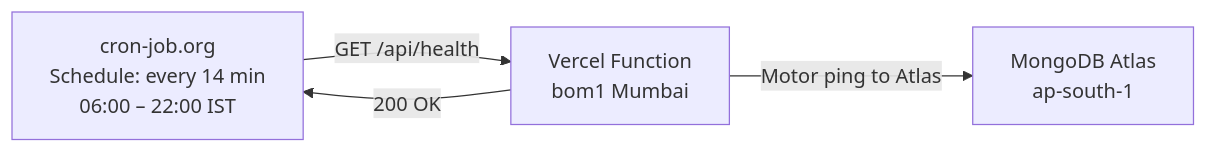
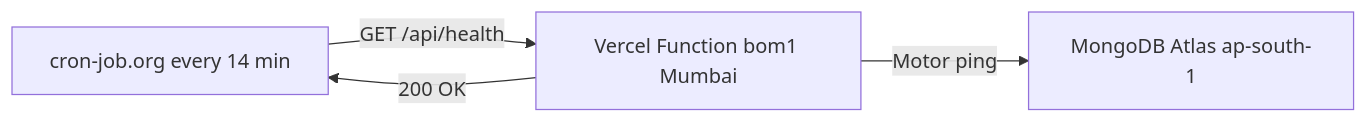
One commit to dineshsrivastava07-cell/littlegurusacademy changed the seventh of 7 diagrams in Architecture.md. Above: the diagram before and after it, drawn with Mermaid. The commit also changed other lines of this file, not shown here.

Commit message:
fix: correct all Mermaid diagrams for GitHub renderer (remove backslash-n, @, URLs in node labels)

````diff
--- a/Architecture.md
+++ b/Architecture.md
@@ -320,6 +324,6 @@
 ```mermaid
 graph LR
-    CRON["cron-job.org\nSchedule: every 14 min\n06:00 – 22:00 IST"] -->|GET /api/health| VERCEL["Vercel Function\nbom1 Mumbai"]
-    VERCEL -->|Motor ping to Atlas| ATLAS["MongoDB Atlas\nap-south-1"]
+    CRON[cron-job.org every 14 min] -->|GET /api/health| VERCEL[Vercel Function bom1 Mumbai]
+    VERCEL -->|Motor ping| ATLAS[MongoDB Atlas ap-south-1]
     VERCEL -->|200 OK| CRON
 ```
````
